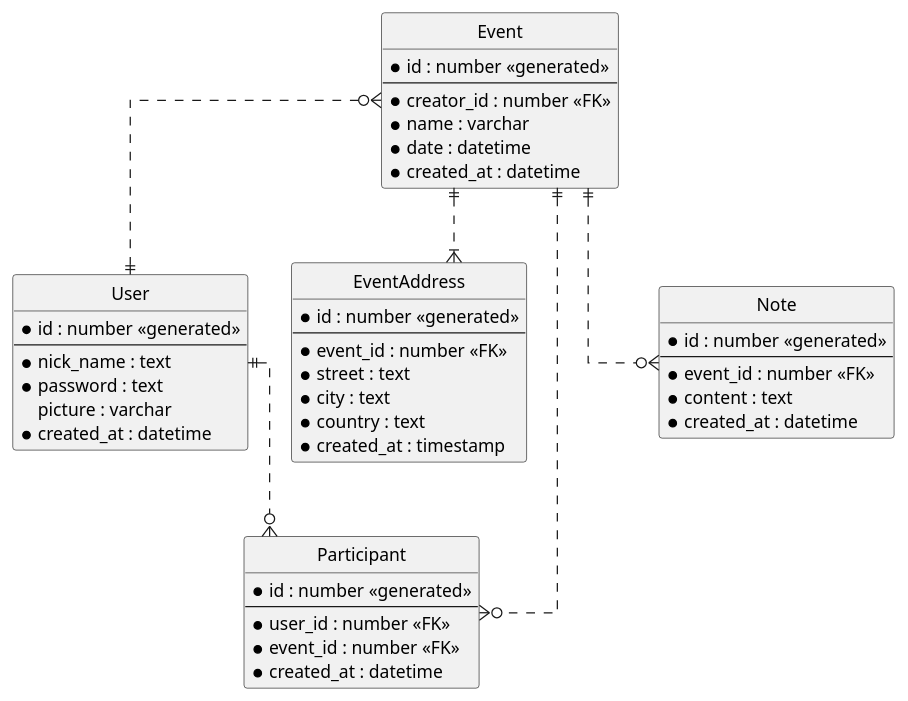
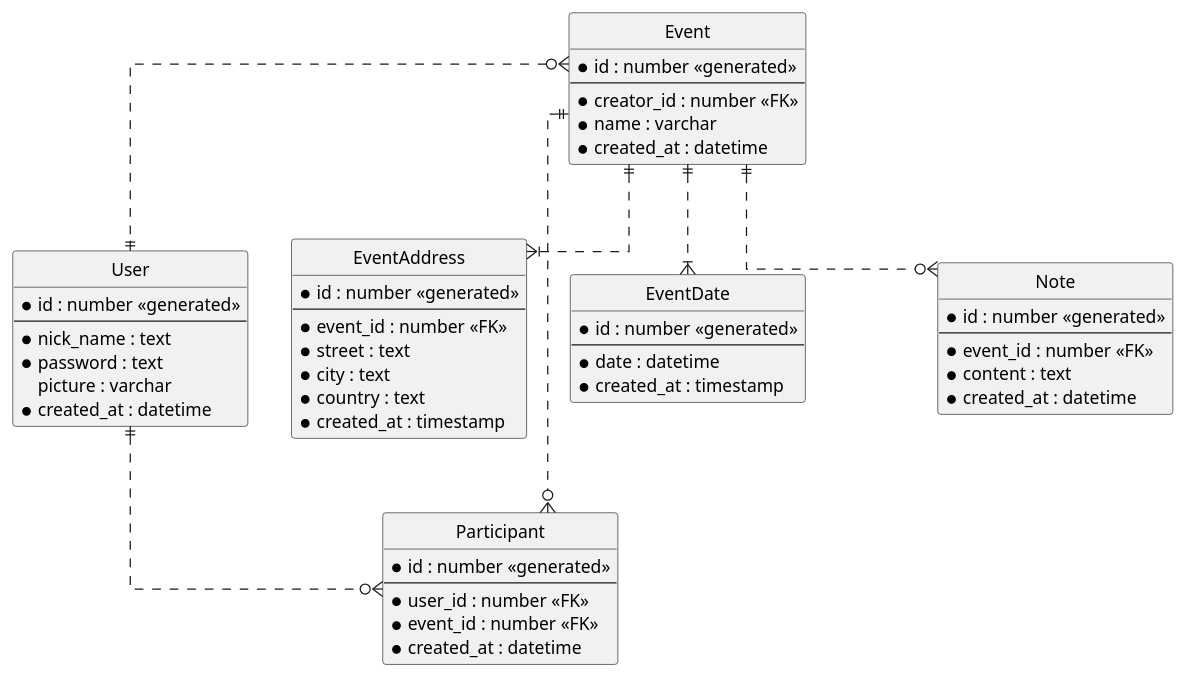
The diagram in diagrams/erd.plantuml (samuelgocnik/M33tings), drawn with PlantUML before and after one commit. The commit also changed 1362 other files, not shown here.

```diff
--- a/diagrams/erd.plantuml
+++ b/diagrams/erd.plantuml
@@ -1,79 +1,86 @@
 @startuml M33tings
 ' hide the spot
 hide circle
 
 ' avoid problems with angled crows feet
 skinparam linetype ortho
 
 /' can sort user's friends by active status '/
 
 entity User {
     * id : number <<generated>>
     --
     * nick_name : text
     * password : text
     picture : varchar
     * created_at : datetime
 }
 
 entity Event {
     * id : number <<generated>>
     --
     * creator_id : number <<FK>>
     * name : varchar
-    * date : datetime
     * created_at : datetime
 }
 
 entity EventAddress {
     * id : number <<generated>>
     --
     *event_id : number <<FK>>
     *street : text
     *city : text
     *country : text
     *created_at : timestamp
+}
+
+entity EventDate {
+    * id : number <<generated>>
+    --
+    * date : datetime
+    * created_at : timestamp
 }
 
 entity Participant {
     * id : number <<generated>>
     --
     * user_id : number <<FK>>
     * event_id : number <<FK>>
     * created_at : datetime
 }
 
 ' entity Gallery {
 '     * id : number <<generated>>
 '     --
 '     * event_id : number <<FK>>
 ' }
 
 ' entity Photo {
 '     * id : number <<generated>>
 '     --
 '     * uploader_id : number <<FK>>
 '     * gallery_id : number <<FK>>
 '     * path : text
 '     * created_at : datetime 
 ' }
 
 entity Note {
     * id : number <<generated>>
     --
     * event_id : number <<FK>>
     * content : text
     * created_at : datetime
 }
 
 
 Event }o..|| User
 ' Event ||..|| Gallery
 ' Gallery ||..o{ Photo
 ' Photo }o..|| User
 Event ||..o{ Note
+Event ||..|{ EventDate
 Event ||..|{ EventAddress
 Event ||..o{ Participant
 User ||..o{ Participant
 
 @enduml
```
